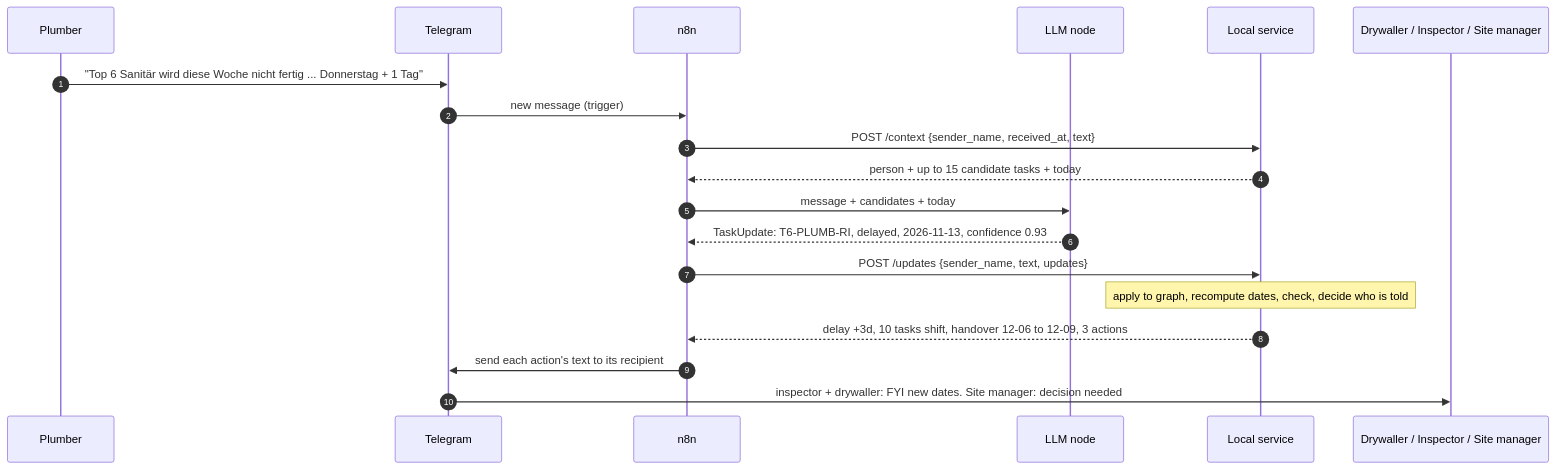
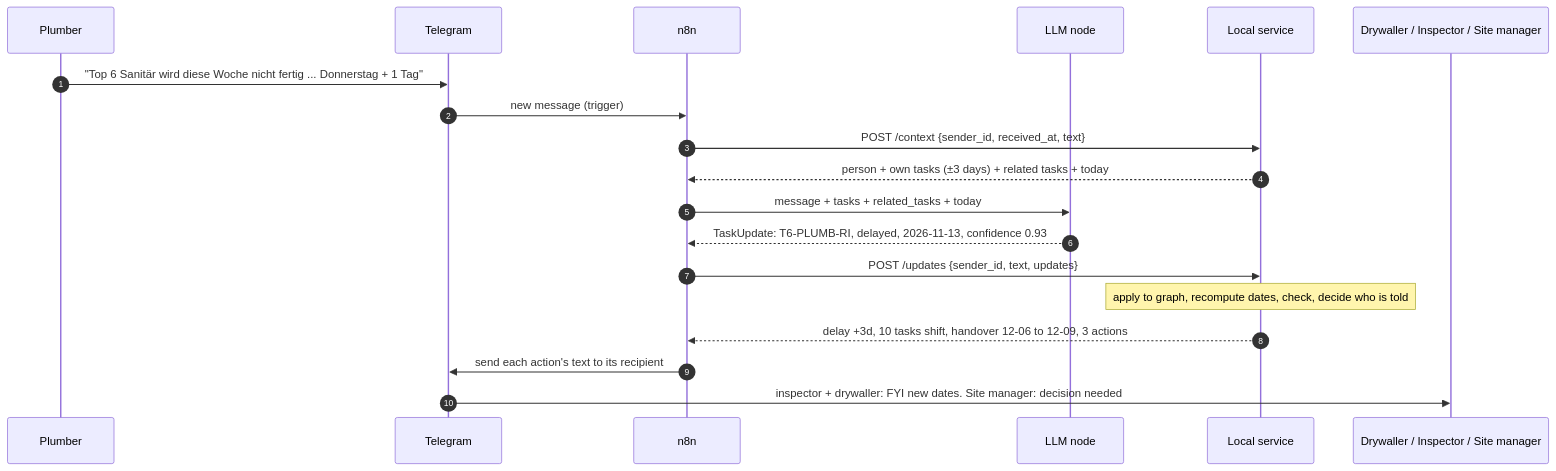
The second of 7 diagrams in README.md (NavRjn/HackTeamVienna), drawn with Mermaid before and after one commit. The commit also changed other lines of this file and 17 other files, not shown here.

First line of the commit message:
feat(api): split /context into tasks + related_tasks (+-3 days); sender identified by Telegram id

````diff
--- a/README.md
+++ b/README.md
@@ -58,22 +58,22 @@
 ```mermaid
 sequenceDiagram
     autonumber
     participant P as Plumber
     participant TG as Telegram
     participant N as n8n
     participant L as LLM node
     participant API as Local service
     participant D as Drywaller / Inspector / Site manager
 
     P->>TG: "Top 6 Sanitär wird diese Woche nicht fertig ... Donnerstag + 1 Tag"
     TG->>N: new message (trigger)
-    N->>API: POST /context {sender_name, received_at, text}
-    API-->>N: person + up to 15 candidate tasks + today
-    N->>L: message + candidates + today
+    N->>API: POST /context {sender_id, received_at, text}
+    API-->>N: person + own tasks (±3 days) + related tasks + today
+    N->>L: message + tasks + related_tasks + today
     L-->>N: TaskUpdate: T6-PLUMB-RI, delayed, 2026-11-13, confidence 0.93
-    N->>API: POST /updates {sender_name, text, updates}
+    N->>API: POST /updates {sender_id, text, updates}
     Note over API: apply to graph, recompute dates, check, decide who is told
     API-->>N: delay +3d, 10 tasks shift, handover 12-06 to 12-09, 3 actions
     N->>TG: send each action's text to its recipient
     TG->>D: inspector + drywaller: FYI new dates. Site manager: decision needed
 ```
````
